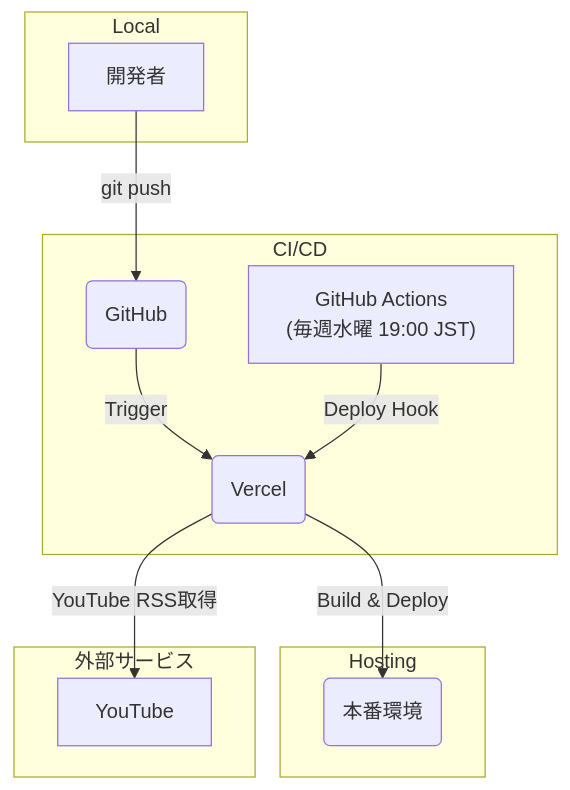
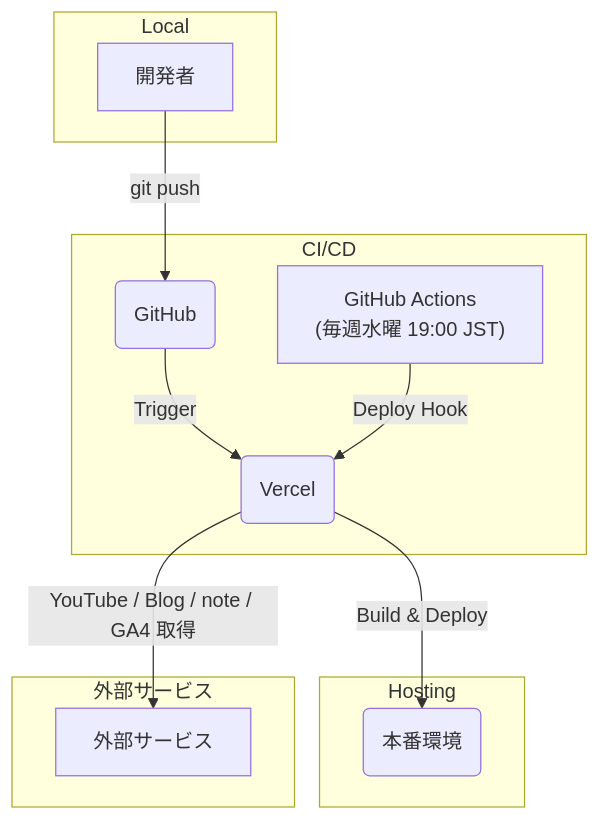
Before and after one commit to shou-dev19/shou-portfolio: the second of 2 diagrams in README.md, drawn with Mermaid. The commit also changed other lines of this file, not shown here.

````diff
--- a/README.md
+++ b/README.md
@@ -108,26 +128,26 @@
 ```mermaid
 graph TD
     A[開発者] -->|git push| B(GitHub)
     B -->|Trigger| C(Vercel)
     C -->|Build & Deploy| D(本番環境)
     E["GitHub Actions\n(毎週水曜 19:00 JST)"] -->|Deploy Hook| C
-    C -->|YouTube RSS取得| F[YouTube]
+    C -->|YouTube / Blog / note / GA4 取得| F[外部サービス]
 
     subgraph "Local"
       A
     end
 
     subgraph "CI/CD"
       B
       C
       E
     end
 
     subgraph "Hosting"
       D
     end
 
     subgraph "外部サービス"
       F
     end
 ```
````
